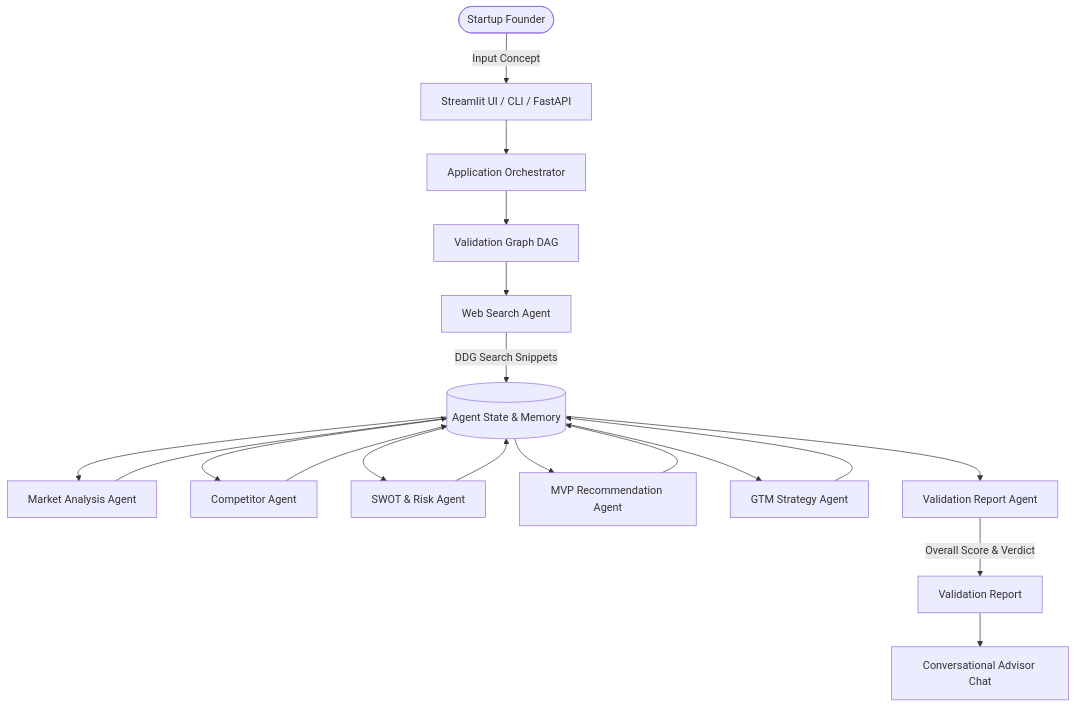
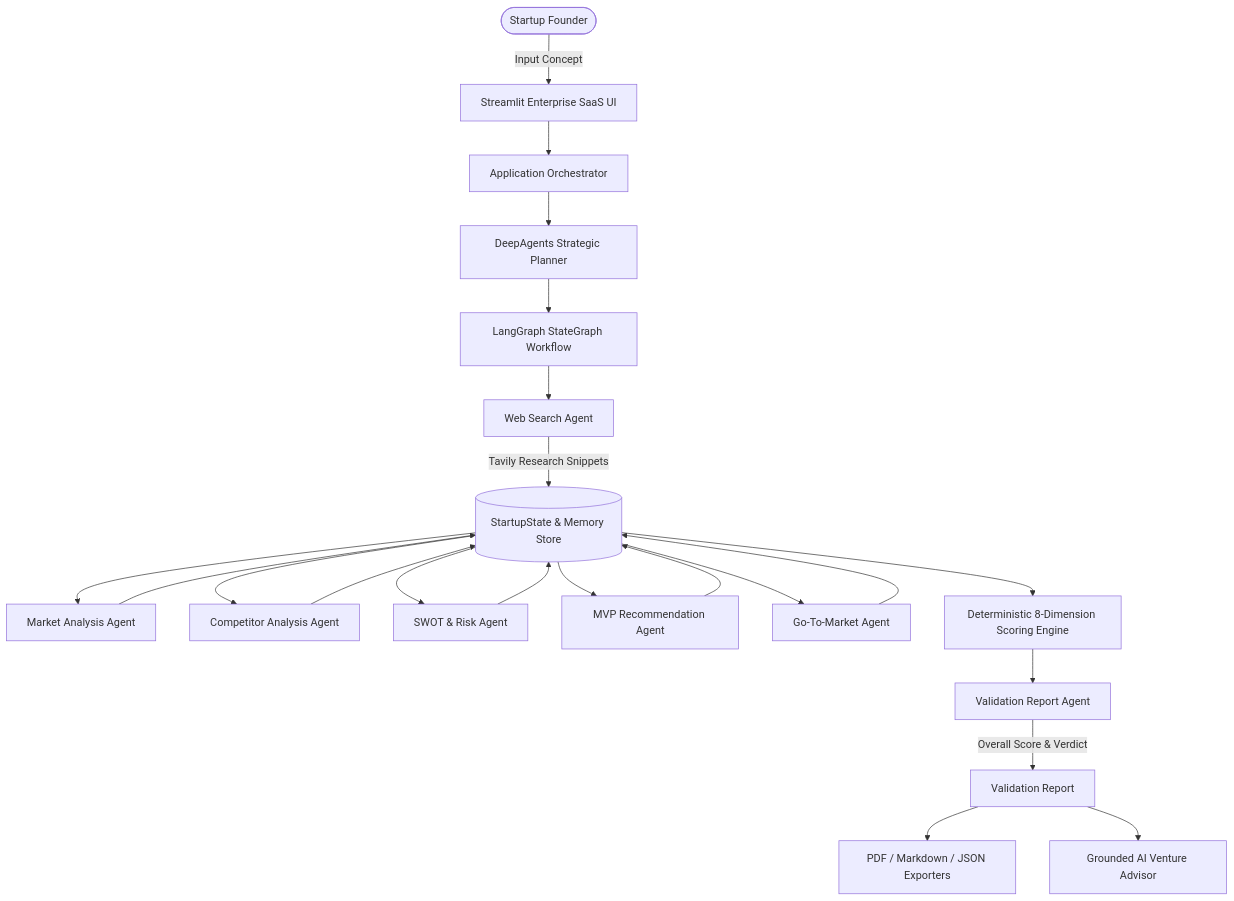
The diagram in docs/architecture.md (CHANDRASAI9491/AI-Startup-Idea-Validator), drawn with Mermaid before and after one commit. The commit also changed other lines of this file and 45 other files, not shown here.

Commit message:
Refactor AI Startup Idea Validator with Tavily search and improved Streamlit UI

````diff
--- a/docs/architecture.md
+++ b/docs/architecture.md
@@ -5,25 +5,28 @@
 ```mermaid
 graph TD
-    User([Startup Founder]) -->|Input Concept| UI[Streamlit UI / CLI / FastAPI]
+    User([Startup Founder]) -->|Input Concept| UI[Streamlit Enterprise SaaS UI]
     UI --> Orchestrator[Application Orchestrator]
-    Orchestrator --> Graph[Validation Graph DAG]
+    Orchestrator --> Planner[DeepAgents Strategic Planner]
+    Planner --> Graph[LangGraph StateGraph Workflow]
     
     Graph --> Agent1[Web Search Agent]
-    Agent1 -->|DDG Search Snippets| State[(Agent State & Memory)]
+    Agent1 -->|Tavily Research Snippets| State[(StartupState & Memory Store)]
     
     State --> Agent2[Market Analysis Agent]
-    State --> Agent3[Competitor Agent]
+    State --> Agent3[Competitor Analysis Agent]
     State --> Agent4[SWOT & Risk Agent]
     State --> Agent5[MVP Recommendation Agent]
-    State --> Agent6[GTM Strategy Agent]
+    State --> Agent6[Go-To-Market Agent]
     
     Agent2 --> State
     Agent3 --> State
     Agent4 --> State
     Agent5 --> State
     Agent6 --> State
     
-    State --> Agent7[Validation Report Agent]
+    State --> ScoringEngine[Deterministic 8-Dimension Scoring Engine]
+    ScoringEngine --> Agent7[Validation Report Agent]
     Agent7 -->|Overall Score & Verdict| FinalReport[Validation Report]
-    FinalReport --> Advisor[Conversational Advisor Chat]
+    FinalReport --> Exporters[PDF / Markdown / JSON Exporters]
+    FinalReport --> Advisor[Grounded AI Venture Advisor]
 ```
````
